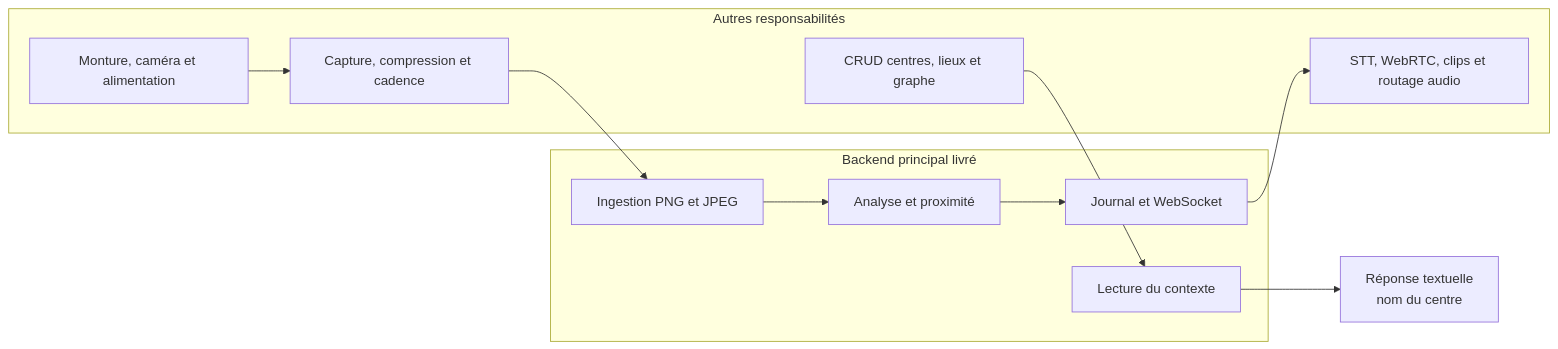
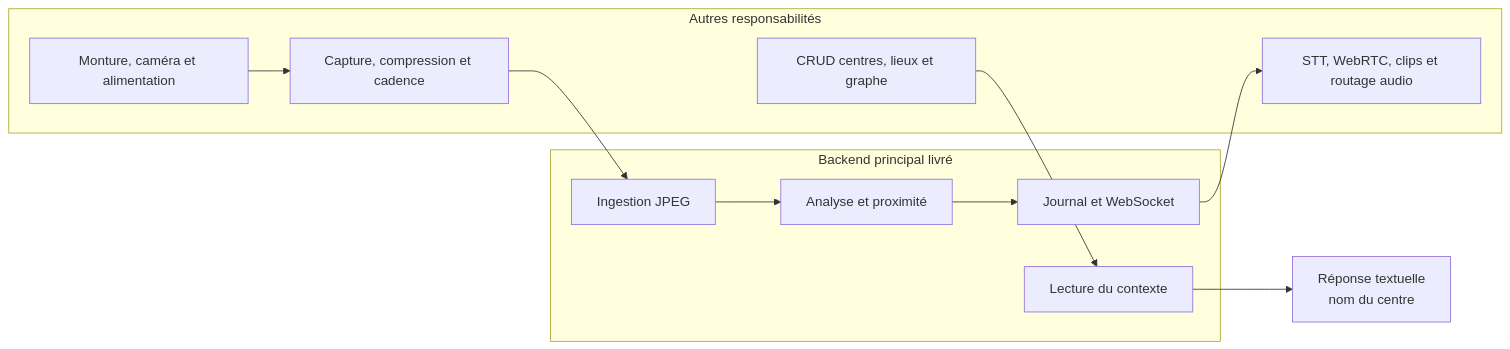
The seventh of 7 diagrams in docs/01-architecture.md (Mindsept/Looki--Vision), drawn with Mermaid before and after one commit. The commit also changed other lines of this file and 26 other files, not shown here.

````diff
--- a/docs/01-architecture.md
+++ b/docs/01-architecture.md
@@ -234,22 +234,22 @@
 ```mermaid
 flowchart LR
     subgraph HorsBackend[Autres responsabilités]
         Mechanics[Monture, caméra et alimentation]
         Capture[Capture, compression et cadence]
         Speech[STT, WebRTC, clips et routage audio]
         Admin[CRUD centres, lieux et graphe]
     end
     subgraph Backend[Backend principal livré]
-        Ingest[Ingestion PNG et JPEG]
+        Ingest[Ingestion JPEG]
         Infer[Analyse et proximité]
         Notify[Journal et WebSocket]
         Context[Lecture du contexte]
     end
     Capture --> Ingest
     Mechanics --> Capture
     Ingest --> Infer
     Infer --> Notify
     Notify --> Speech
     Admin --> Context
     Context --> Questions[Réponse textuelle<br/>nom du centre]
 ```
````
